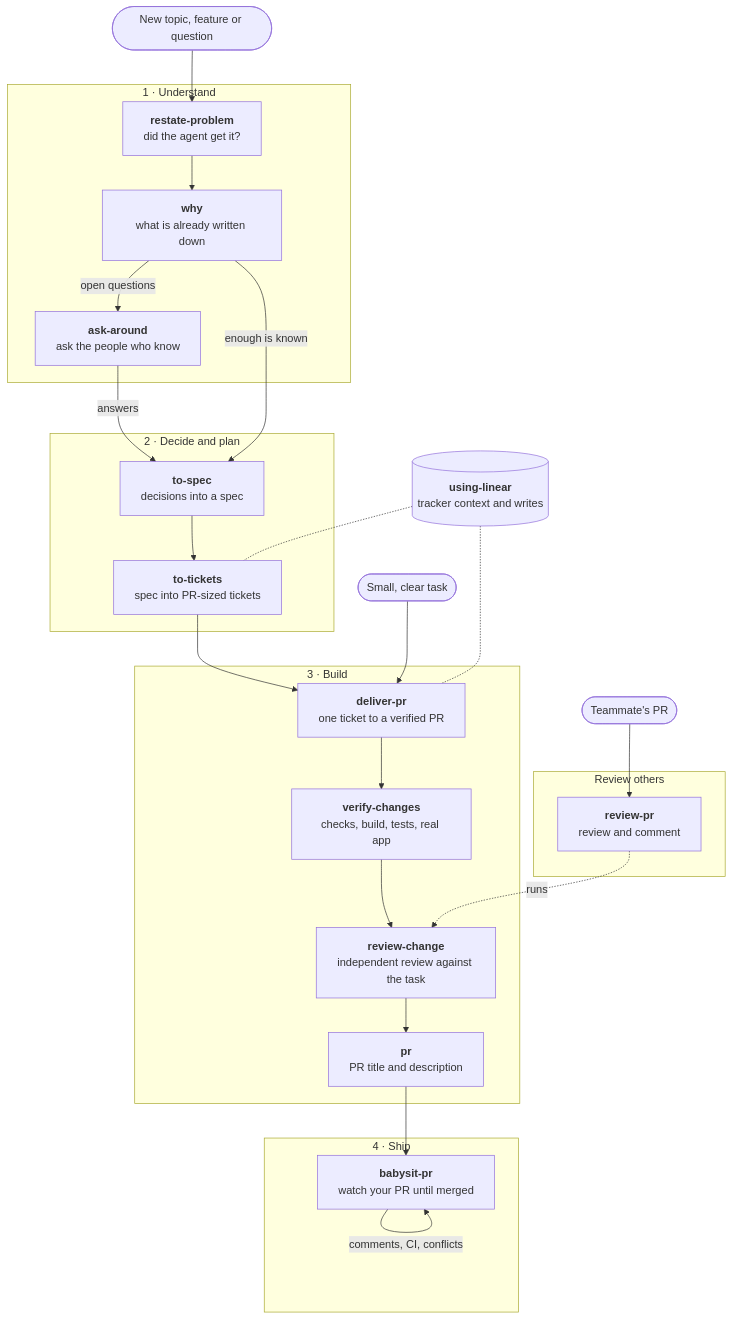
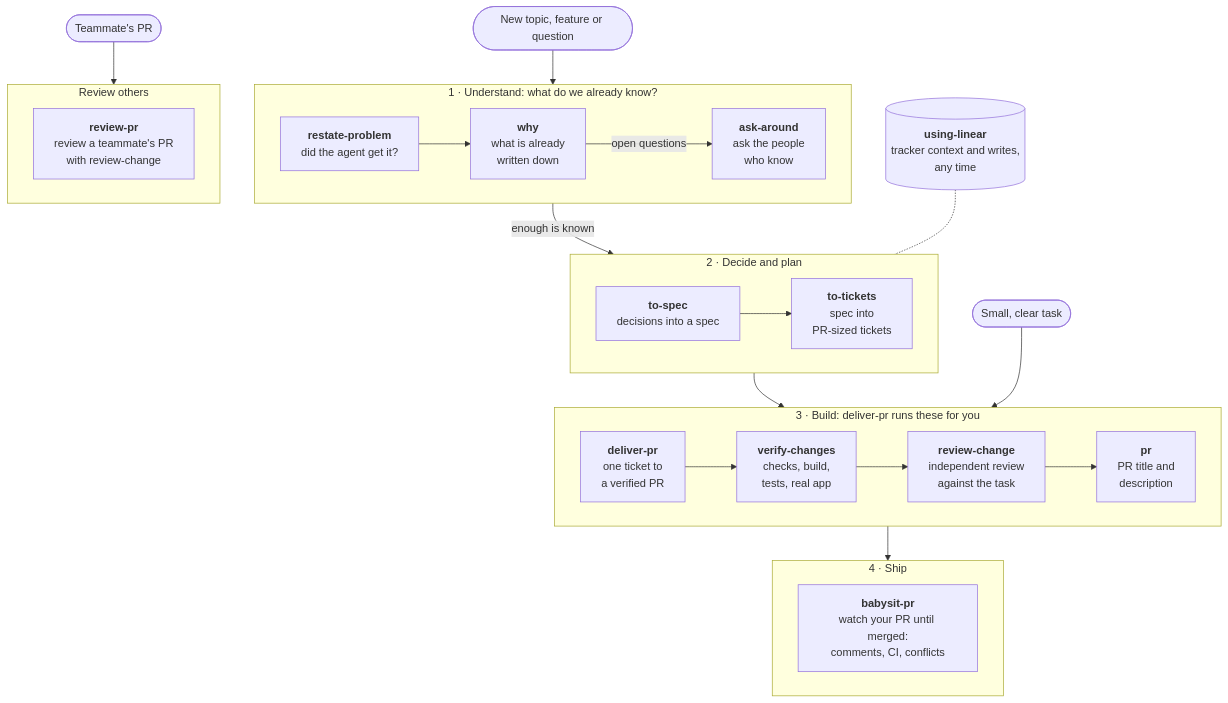
Before and after one commit to k0siara/skills: the diagram in README.md, drawn with Mermaid. The commit also changed other lines of this file, not shown here.

Commit message:
docs: stacked stage layout for the workflow graph

````diff
--- a/README.md
+++ b/README.md
@@ -17,47 +17,48 @@
 ```mermaid
 flowchart TD
     start([New topic, feature or question])
     small([Small, clear task])
     theirs([Teammate's PR])
 
-    subgraph understand["1 · Understand"]
+    subgraph understand["1 · Understand: what do we already know?"]
+        direction LR
         restate["<b>restate-problem</b><br/>did the agent get it?"]
-        why["<b>why</b><br/>what is already written down"]
-        ask["<b>ask-around</b><br/>ask the people who know"]
+        why["<b>why</b><br/>what is already<br/>written down"]
+        ask["<b>ask-around</b><br/>ask the people<br/>who know"]
+        restate --> why -- "open questions" --> ask
     end
 
     subgraph decide["2 · Decide and plan"]
+        direction LR
         spec["<b>to-spec</b><br/>decisions into a spec"]
-        tickets["<b>to-tickets</b><br/>spec into PR-sized tickets"]
+        tickets["<b>to-tickets</b><br/>spec into<br/>PR-sized tickets"]
+        spec --> tickets
     end
 
-    subgraph build["3 · Build"]
-        deliver["<b>deliver-pr</b><br/>one ticket to a verified PR"]
-        verify["<b>verify-changes</b><br/>checks, build, tests, real app"]
-        rc["<b>review-change</b><br/>independent review against the task"]
-        pr["<b>pr</b><br/>PR title and description"]
+    subgraph build["3 · Build: deliver-pr runs these for you"]
+        direction LR
+        deliver["<b>deliver-pr</b><br/>one ticket to<br/>a verified PR"]
+        verify["<b>verify-changes</b><br/>checks, build,<br/>tests, real app"]
+        rc["<b>review-change</b><br/>independent review<br/>against the task"]
+        pr["<b>pr</b><br/>PR title and<br/>description"]
+        deliver --> verify --> rc --> pr
     end
 
     subgraph ship["4 · Ship"]
-        babysit["<b>babysit-pr</b><br/>watch your PR until merged"]
+        babysit["<b>babysit-pr</b><br/>watch your PR until merged:<br/>comments, CI, conflicts"]
     end
 
-    subgraph review["Review others"]
-        reviewpr["<b>review-pr</b><br/>review and comment"]
+    subgraph others["Review others"]
+        reviewpr["<b>review-pr</b><br/>review a teammate's PR<br/>with review-change"]
     end
 
-    linear[("<b>using-linear</b><br/>tracker context and writes")]
+    linear[("<b>using-linear</b><br/>tracker context and writes,<br/>any time")]
 
-    start --> restate --> why
-    why -- "open questions" --> ask
-    ask -- "answers" --> spec
-    why -- "enough is known" --> spec
-    spec --> tickets --> deliver
-    small --> deliver
-    deliver --> verify --> rc --> pr --> babysit
-    babysit -- "comments, CI, conflicts" --> babysit
-    theirs --> reviewpr
-    reviewpr -. "runs" .-> rc
-    linear -.- tickets
-    linear -.- deliver
+    start --> understand
+    understand -- "enough is known" --> decide
+    decide --> build
+    small --> build
+    build --> ship
+    theirs --> others
+    linear -.- decide
 ```
````
